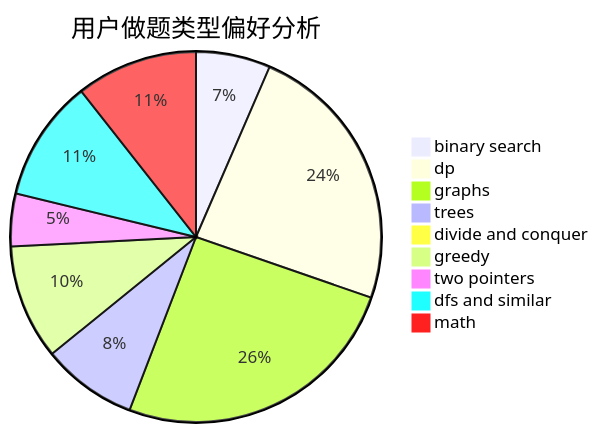
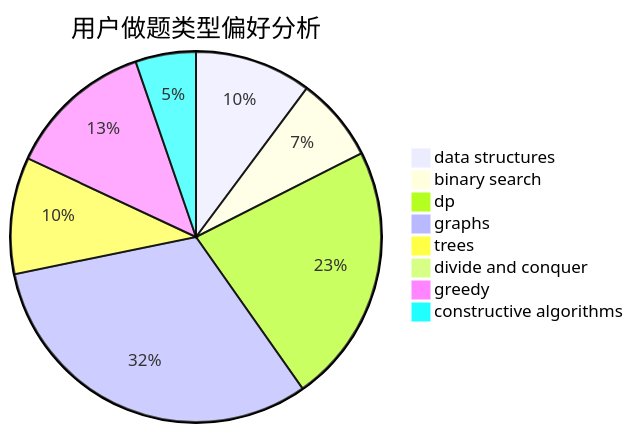
One commit to sherpahu/cfrs.github.io changed the second of 3 diagrams in docs/user/u487.md. Above: the diagram before and after it, drawn with Mermaid. The commit also changed other lines of this file and 2775 other files, not shown here.

````diff
--- a/docs/user/u487.md
+++ b/docs/user/u487.md
@@ -23,12 +23,11 @@
 ```mermaid
 pie title 用户做题类型偏好分析
-    "binary search" :  68
-    "dp" :  249
-    "graphs" :  267
-    "trees" :  87
+    "data structures" :  83
+    "binary search" :  60
+    "dp" :  185
+    "graphs" :  257
+    "trees" :  83
     "divide and conquer" :  0
-    "greedy" :  105
-    "two pointers" :  48
-    "dfs and similar" :  111
-    "math" :  111
+    "greedy" :  104
+    "constructive algorithms" :  43
 ```
````
